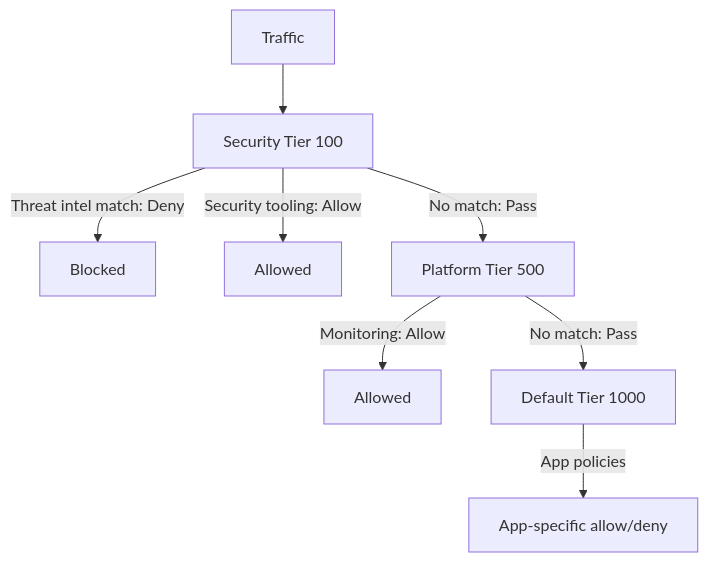
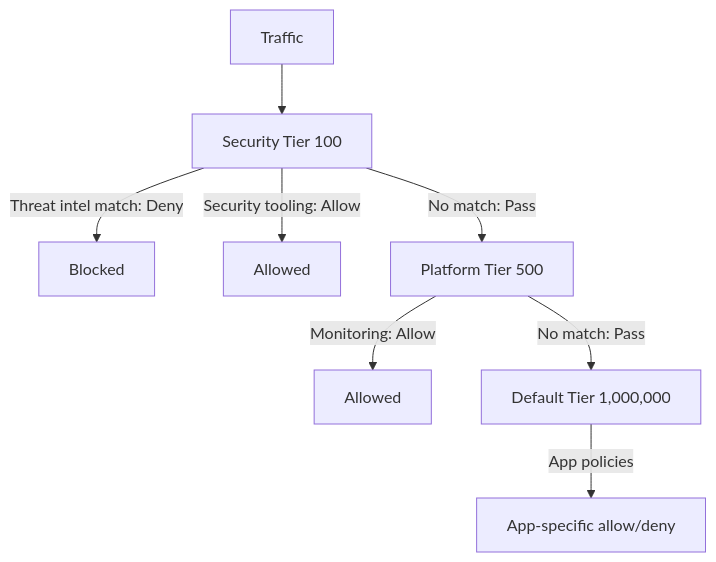
Before and after one commit to OneUptime/blog: the diagram in posts/2026-03-13-use-calico-tier-resource/README.md, drawn with Mermaid. The commit also changed other lines of this file and 2 other files, not shown here.

Commit message:
validate: 2026-03-13-use-calico-tier-resource

````diff
--- a/posts/2026-03-13-use-calico-tier-resource/README.md
+++ b/posts/2026-03-13-use-calico-tier-resource/README.md
@@ -78,10 +80,10 @@
 ```mermaid
 graph TD
     A[Traffic] --> B[Security Tier 100]
     B -->|Threat intel match: Deny| C[Blocked]
     B -->|Security tooling: Allow| D[Allowed]
     B -->|No match: Pass| E[Platform Tier 500]
     E -->|Monitoring: Allow| F[Allowed]
-    E -->|No match: Pass| G[Default Tier 1000]
+    E -->|No match: Pass| G[Default Tier 1,000,000]
     G -->|App policies| H[App-specific allow/deny]
 ```
````
